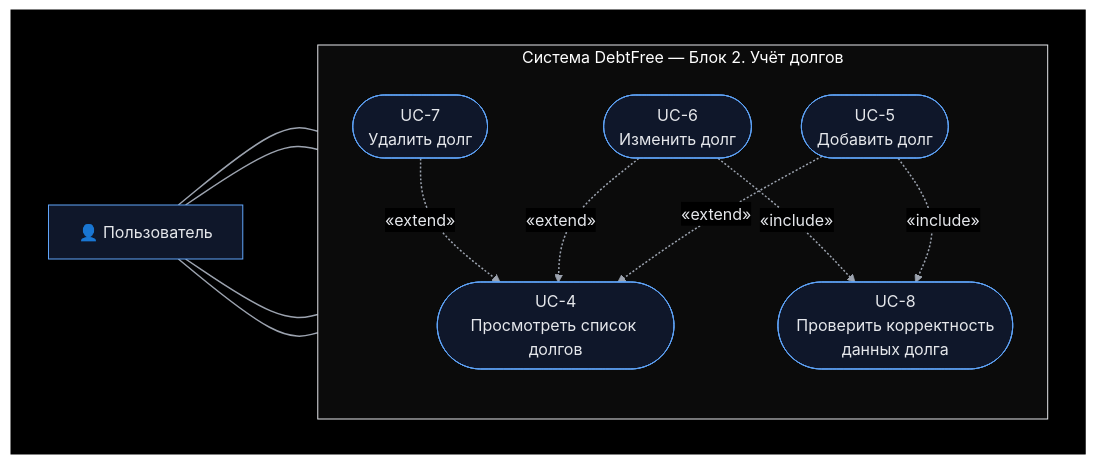
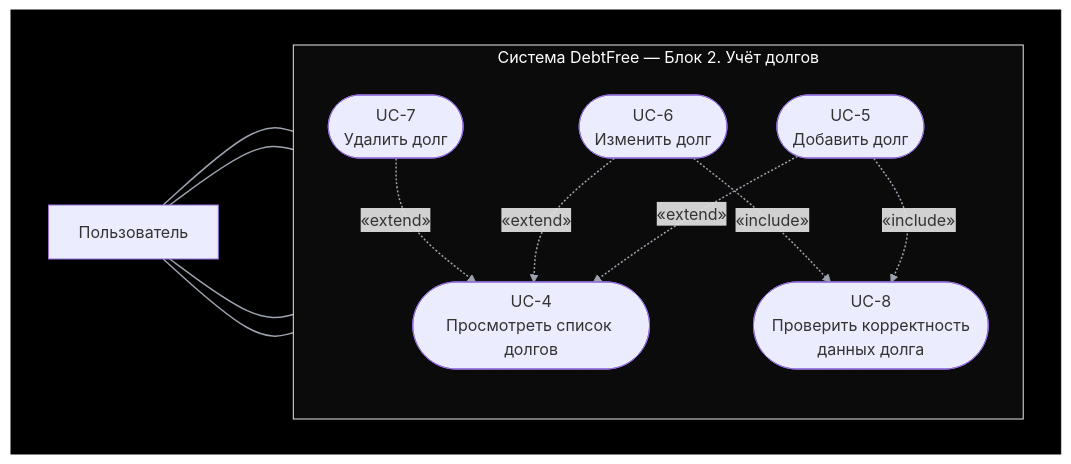
One commit to NE4EL/DebtFree changed the second of 6 diagrams in README.md. Above: the diagram before and after it, drawn with Mermaid.

Commit message:
Fix Mermaid diagram formatting in README
Updated Mermaid diagram syntax and formatting for user and system labels.

````diff
--- a/README.md
+++ b/README.md
@@ -65,32 +65,31 @@
 ```mermaid
-%%{init: {'theme':'base','themeVariables': {'background':'#000000','primaryColor':'#0f172a','primaryBorderColor':'#60a5fa','primaryTextColor':'#e5e7eb','nodeTextColor':'#e5e7eb','secondaryColor':'#0b0b0b','tertiaryColor':'#0b0b0b','tertiaryTextColor':'#e5e7eb','clusterBkg':'#0b0b0b','clusterBorder':'#e5e7eb','lineColor':'#9ca3af','textColor':'#e5e7eb','titleColor':'#ffffff','edgeLabelBackground':'#000000'}}}%%
 flowchart LR
     subgraph BG[" "]
         direction LR
-        U["👤 Пользователь"]
+        U["Пользователь"]
 
         subgraph SYS["Система DebtFree — Блок 2. Учёт долгов"]
             direction TB
             UC4(["UC-4<br/>Просмотреть список долгов"])
             UC5(["UC-5<br/>Добавить долг"])
             UC6(["UC-6<br/>Изменить долг"])
             UC7(["UC-7<br/>Удалить долг"])
             UC8(["UC-8<br/>Проверить корректность<br/>данных долга"])
         end
 
         U --- UC4
         U --- UC5
         U --- UC6
         U --- UC7
 
         UC5 -. "«extend»" .-> UC4
         UC6 -. "«extend»" .-> UC4
         UC7 -. "«extend»" .-> UC4
         UC5 -. "«include»" .-> UC8
         UC6 -. "«include»" .-> UC8
     end
 
     style BG fill:#000000,stroke:#000000
     style SYS fill:#0b0b0b,stroke:#e5e7eb,color:#ffffff
     linkStyle default stroke:#9ca3af,stroke-width:1.5px
 ```
````
